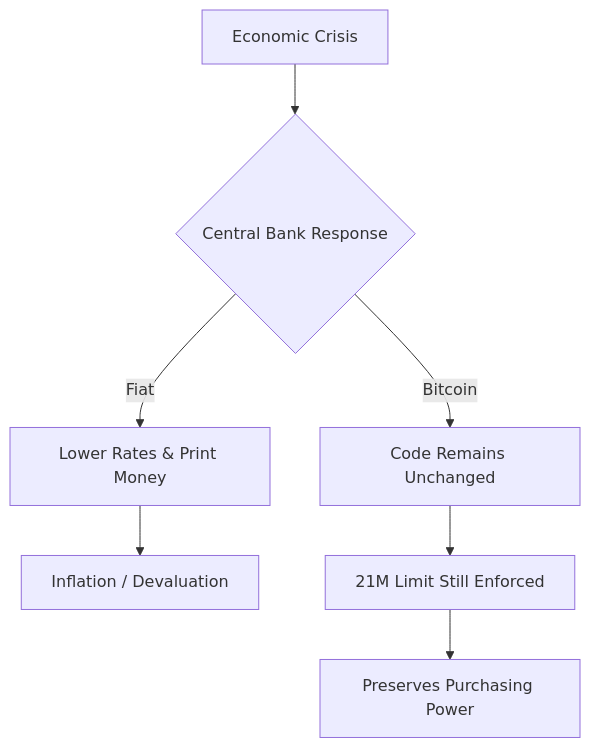
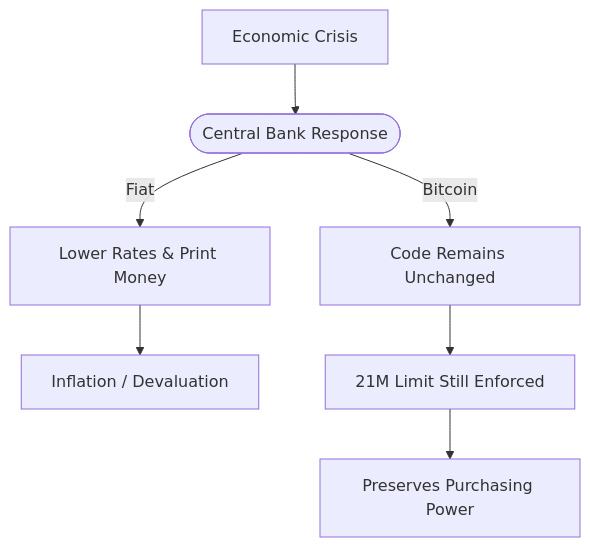
The diagram in src/content/blog/en/bitcoin-vs-fiat-money.mdx (annabraun015-stack/krypto-watch), drawn with Mermaid before and after one commit. The commit also changed other lines of this file and 53 other files, not shown here.

```diff
--- a/src/content/blog/en/bitcoin-vs-fiat-money.mdx
+++ b/src/content/blog/en/bitcoin-vs-fiat-money.mdx
@@ -63,9 +63,9 @@
 <div class="mermaid">
 graph TD
-    A[Economic Crisis] --> B{Central Bank Response}
+    A[Economic Crisis] --> B([Central Bank Response])
     B -- Fiat --> C[Lower Rates & Print Money]
     C --> D[Inflation / Devaluation]
     B -- Bitcoin --> E[Code Remains Unchanged]
     E --> F[21M Limit Still Enforced]
     F --> G[Preserves Purchasing Power]
 </div>
```
